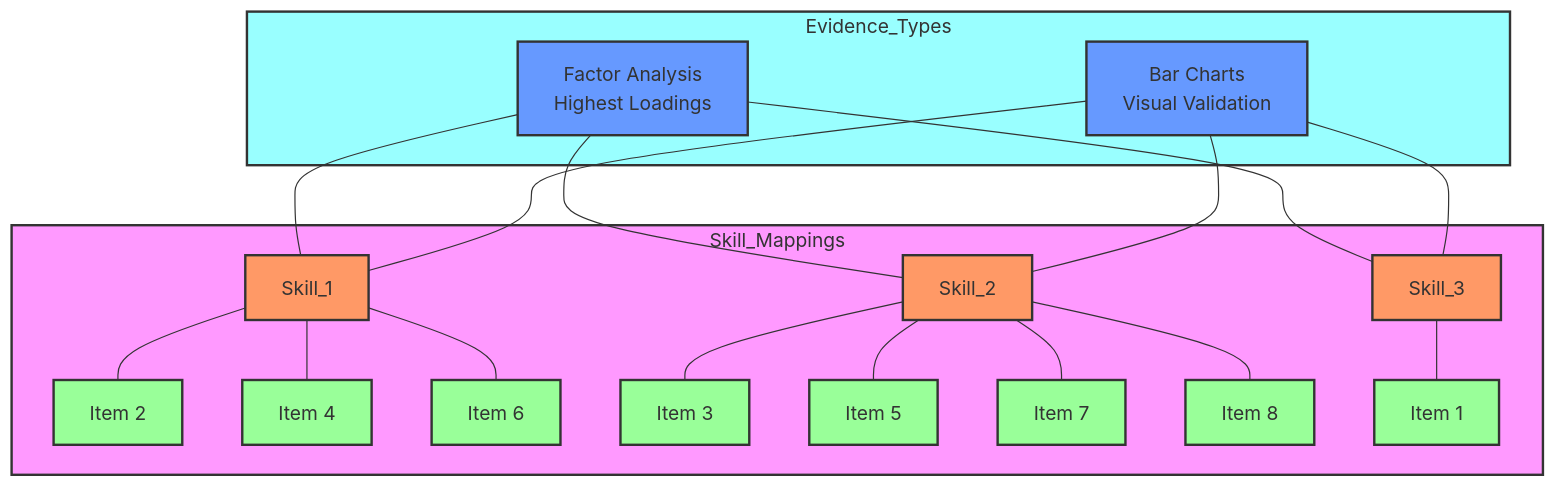
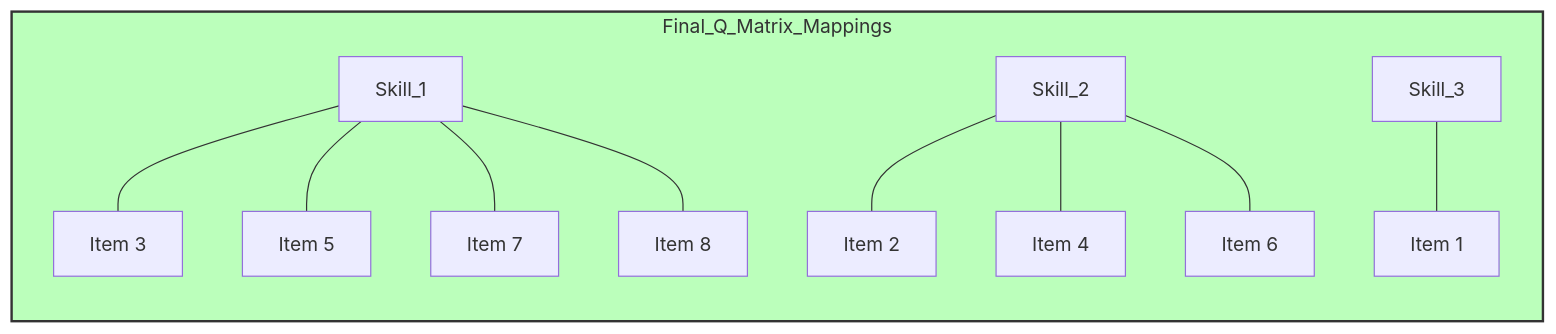
The third of 3 diagrams in educ_6191_001/creative_assignments/assignment_3/index.qmd (baker-jr-john/Website), drawn with Mermaid before and after one commit. The commit also changed other lines of this file and 17 other files, not shown here.

````diff
--- a/educ_6191_001/creative_assignments/assignment_3/index.qmd
+++ b/educ_6191_001/creative_assignments/assignment_3/index.qmd
@@ -719,36 +802,17 @@
 ```{mermaid}
-graph TD
-    subgraph Skill_Mappings
-        S1[Skill_1] --- I2[Item 2]
-        S1 --- I4[Item 4]
-        S1 --- I6[Item 6]
+graph LR
+    subgraph Final_Q_Matrix_Mappings
+        S1[Skill_1] --- I3[Item 3]
+        S1 --- I5[Item 5]
+        S1 --- I7[Item 7]
+        S1 --- I8[Item 8]
         
-        S2[Skill_2] --- I3[Item 3]
-        S2 --- I5[Item 5]
-        S2 --- I7[Item 7]
-        S2 --- I8[Item 8]
+        S2[Skill_2] --- I2[Item 2]
+        S2 --- I4[Item 4]
+        S2 --- I6[Item 6]
         
         S3[Skill_3] --- I1[Item 1]
     end
     
-    subgraph Evidence_Types
-        FA[Factor Analysis<br/>Highest Loadings] --- S1
-        FA --- S2
-        FA --- S3
-        
-        BC[Bar Charts<br/>Visual Validation] --- S1
-        BC --- S2
-        BC --- S3
-    end
-    
-    style Skill_Mappings fill:#f9f,stroke:#333,stroke-width:2px
-    style Evidence_Types fill:#9ff,stroke:#333,stroke-width:2px
-    
-    classDef skillNode fill:#f96,stroke:#333,stroke-width:2px
-    classDef itemNode fill:#9f9,stroke:#333,stroke-width:2px
-    classDef evidenceNode fill:#69f,stroke:#333,stroke-width:2px
-    
-    class S1,S2,S3 skillNode
-    class I1,I2,I3,I4,I5,I6,I7,I8 itemNode
-    class FA,BC evidenceNode
+    style Final_Q_Matrix_Mappings fill:#bfb,stroke:#333,stroke-width:2px
 ```
````
